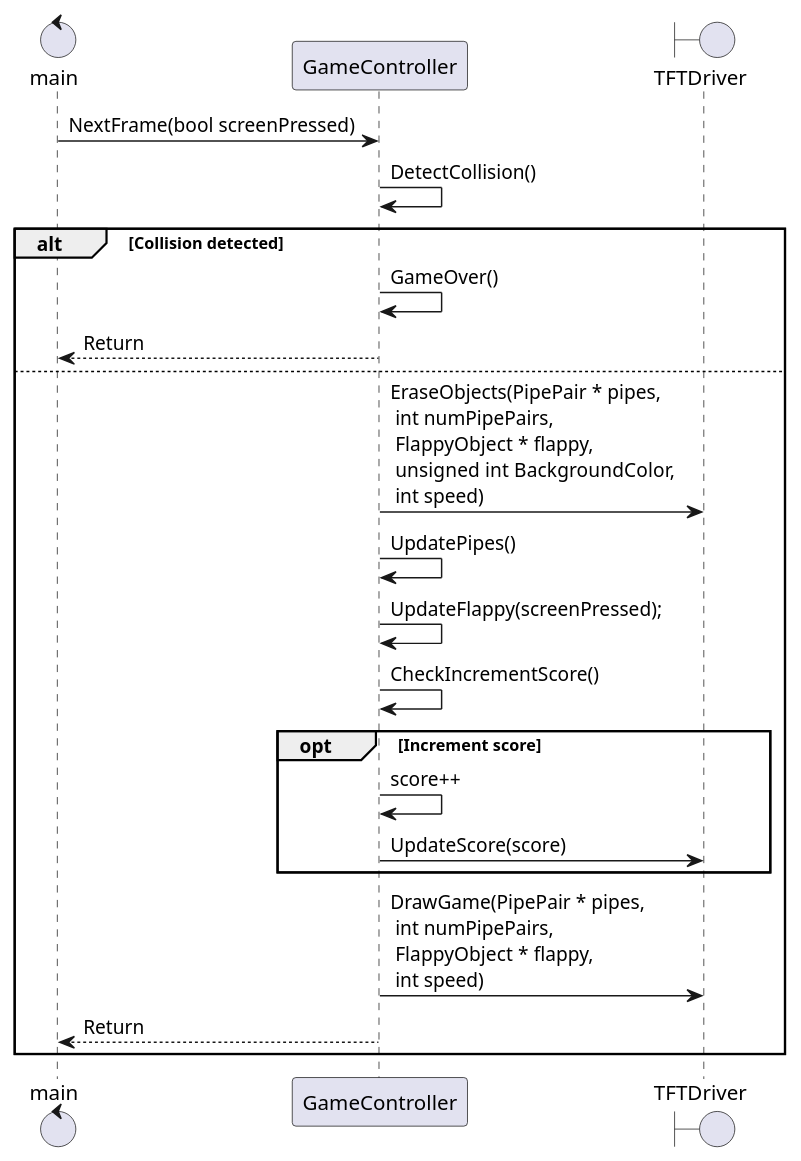
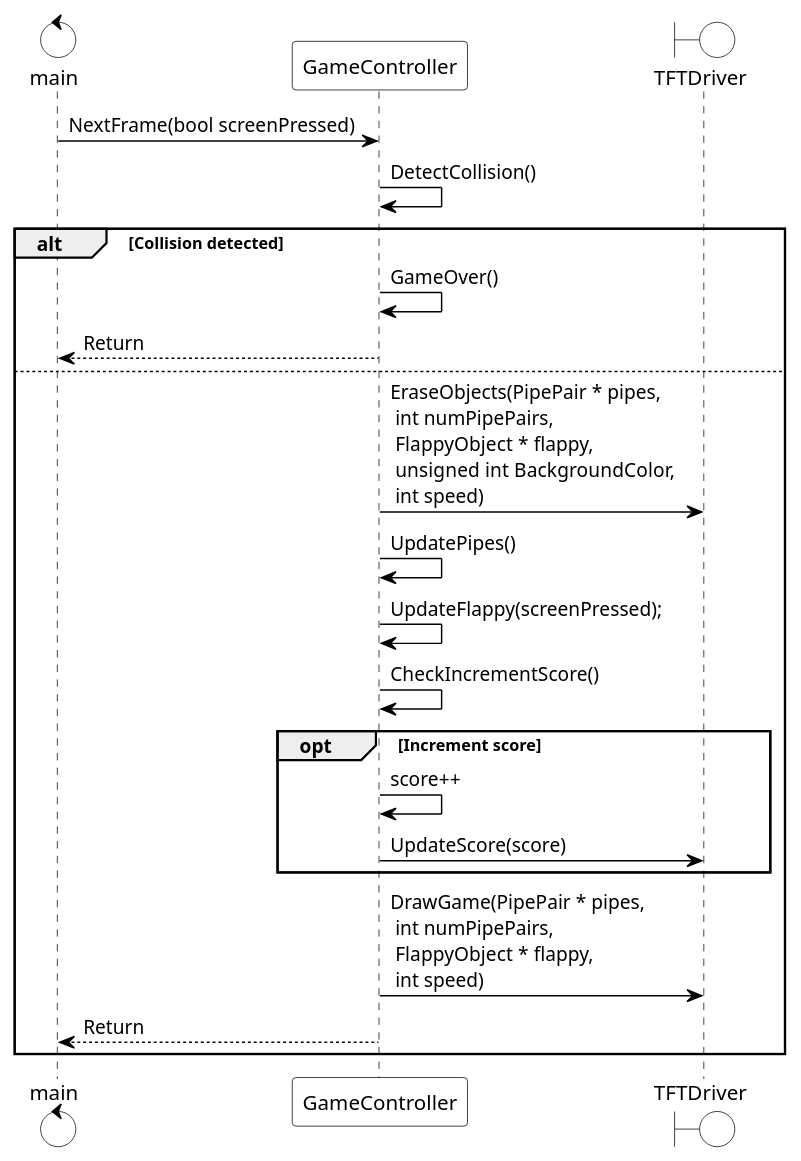
Before and after one commit to Valdemartt/AMS: the diagram in Projekt/diagrams/NextFrame.wsd, drawn with PlantUML. The commit also changed 27 other files, not shown here.

Commit message:
Added diagrams.

```diff
--- a/Projekt/diagrams/NextFrame.wsd
+++ b/Projekt/diagrams/NextFrame.wsd
@@ -1,22 +1,45 @@
 @startuml
+skinparam sequence {
+    ArrowColor Black
+    ActorBorderColor Black
+    LifeLineBorderColor Black
+    ArrowMessageAlignment center
+    ParticipantBorderColor Black
+    ParticipantBackgroundColor White
+    BoxBorderColor Black
+}
+
+skinparam Collections {
+    BorderColor Black
+    BackgroundColor White
+}
+skinparam control{
+    BorderColor Black
+    BackgroundColor White
+}
+skinparam boundary {
+    BorderColor Black
+    BackgroundColor White
+}
+
 control main
 participant GameController
 boundary TFTDriver
 main -> GameController : NextFrame(bool screenPressed)
 GameController -> GameController : DetectCollision()
 alt Collision detected
     GameController -> GameController : GameOver()
     main <-- GameController: Return 
 else
     GameController -> TFTDriver : EraseObjects(PipePair * pipes,\n int numPipePairs, \n FlappyObject * flappy,\n unsigned int BackgroundColor, \n int speed)
     GameController -> GameController : UpdatePipes()
     GameController -> GameController : UpdateFlappy(screenPressed);
     GameController -> GameController : CheckIncrementScore()
     opt Increment score
     GameController -> GameController : score++
     GameController -> TFTDriver : UpdateScore(score)
     end
     GameController -> TFTDriver : DrawGame(PipePair * pipes, \n int numPipePairs,\n FlappyObject * flappy,\n int speed)
     main <-- GameController : Return
 end
 @enduml
```
